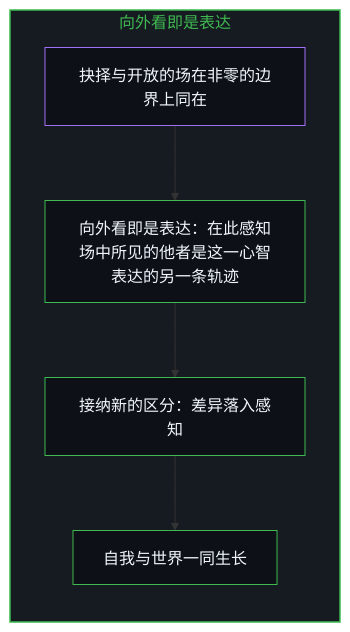
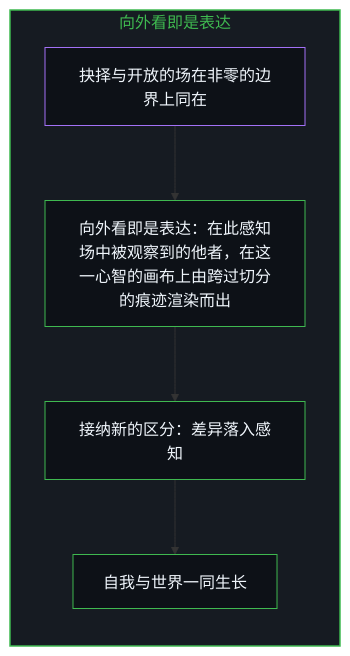
Before and after one commit to powerpig99/not-a-toe: diagram 17 of 18 in content/posts/the-geometry-of-coexistence-and-the-dual-cut.md, drawn with Mermaid. The commit also changed other lines of this file and 2 other files, not shown here.

````diff
--- a/content/posts/the-geometry-of-coexistence-and-the-dual-cut.md
+++ b/content/posts/the-geometry-of-coexistence-and-the-dual-cut.md
@@ -445,18 +445,18 @@
 ```mermaid
 flowchart TD
     subgraph S_Outward["向外看即是表达"]
         direction TB
         Sym["抉择与开放的场在非零的边界上同在"]
-        Out["向外看即是表达：在此感知场中所见的他者是这一心智表达的另一条轨迹"]
+        Out["向外看即是表达：在此感知场中被观察到的他者，在这一心智的画布上由跨过切分的痕迹渲染而出"]
         New["接纳新的区分：差异落入感知"]
         Both["自我与世界一同生长"]
         Sym --> Out
         Out --> New
         New --> Both
     end
     style S_Outward fill:#161b22,stroke:#3fb950,stroke-width:1.5px,color:#3fb950
     style Sym fill:#0d1117,stroke:#a371f7,stroke-width:1px,color:#f0f6fc
     style Out fill:#0d1117,stroke:#3fb950,stroke-width:1px,color:#f0f6fc
     style New fill:#0d1117,stroke:#3fb950,stroke-width:1px,color:#f0f6fc
     style Both fill:#0d1117,stroke:#3fb950,stroke-width:1px,color:#f0f6fc
 ```
````
